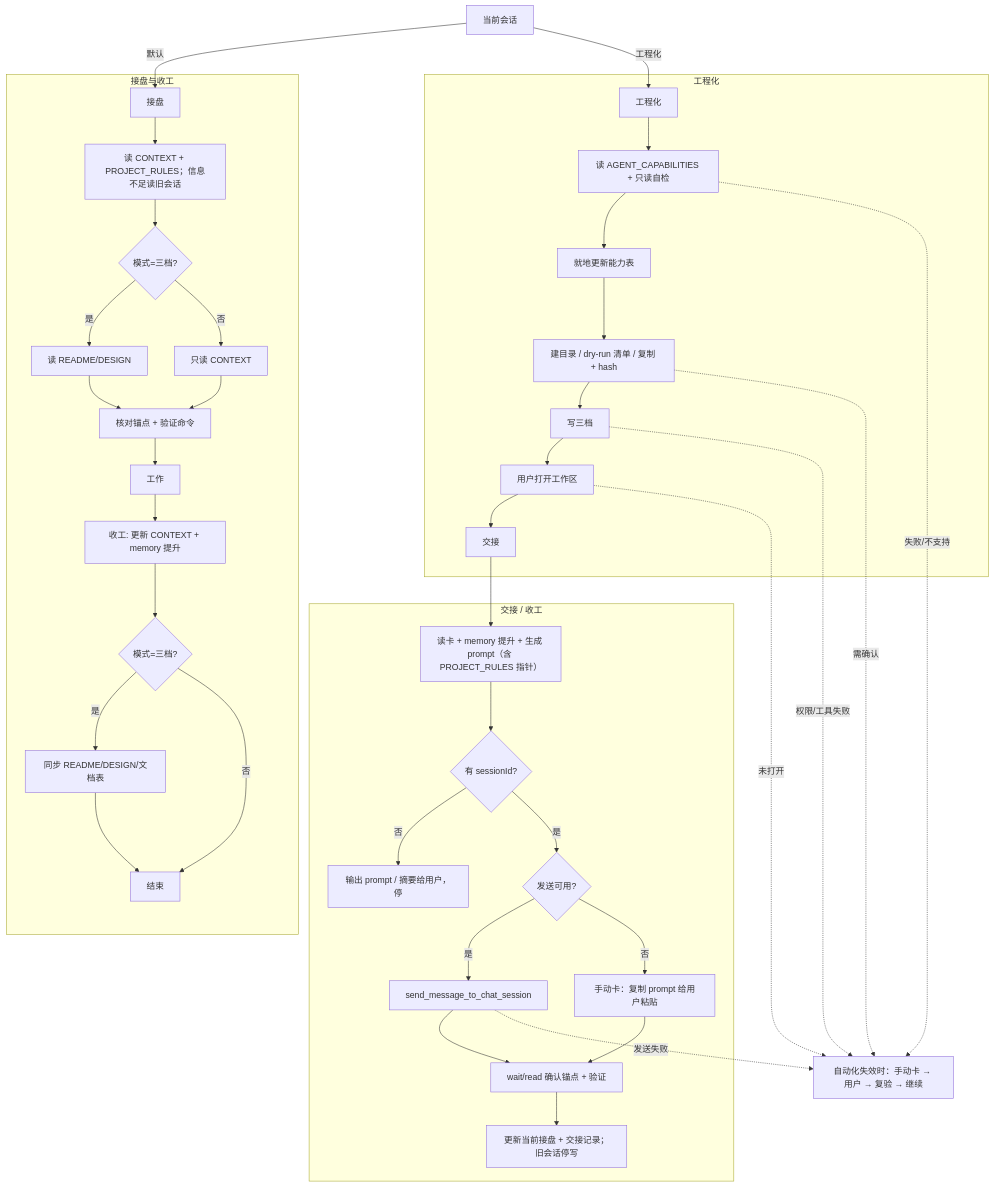
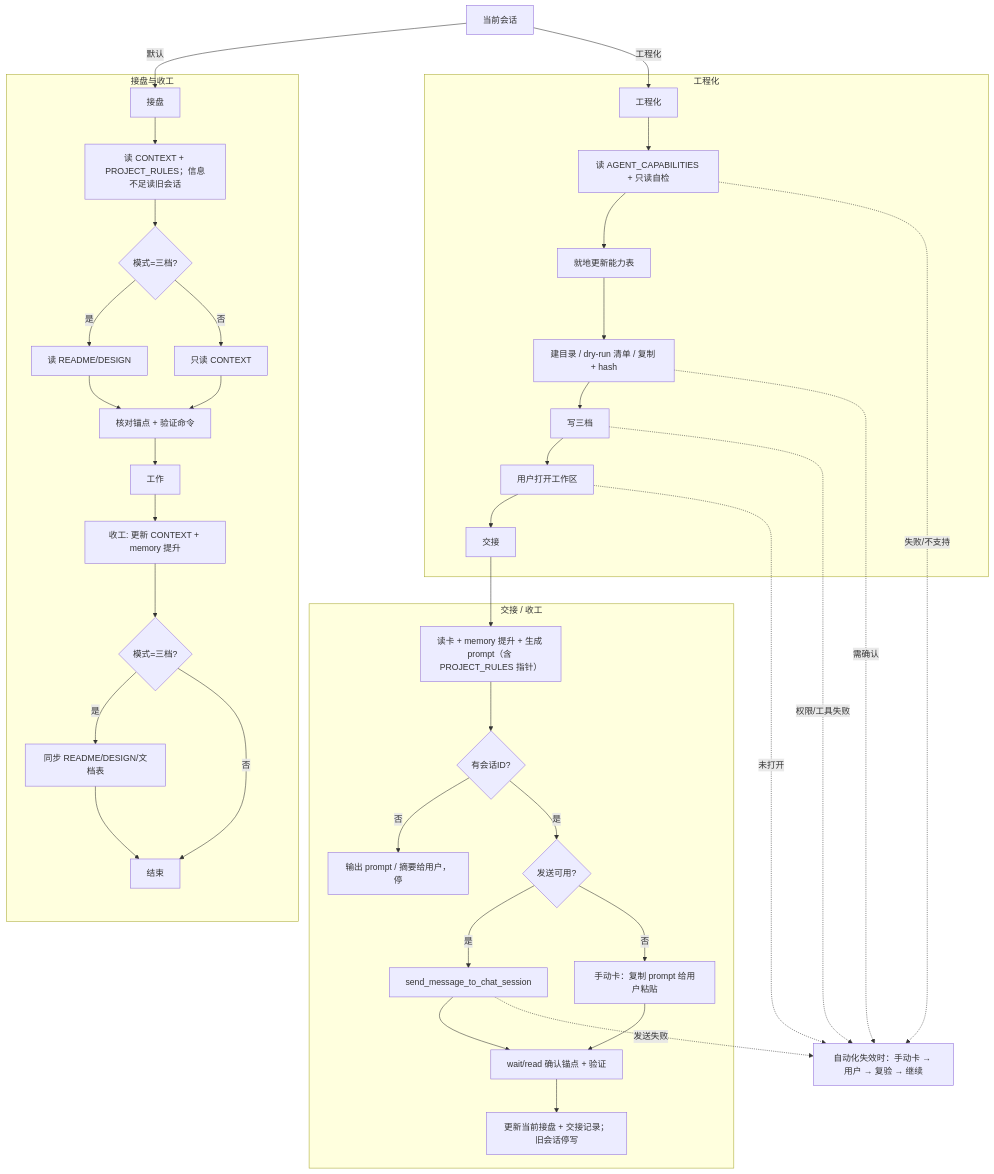
The diagram in DESIGN.md (Lizardon386/multi-agent-task-handoff), drawn with Mermaid before and after one commit. The commit also changed other lines of this file and 3 other files, not shown here.

````diff
--- a/DESIGN.md
+++ b/DESIGN.md
@@ -51,47 +51,47 @@
 ```mermaid
 flowchart TD
   A[当前会话] -->|默认| B[接盘]
   A -->|工程化| M[工程化]
 
   subgraph START[接盘与收工]
     B --> C[读 CONTEXT + PROJECT_RULES；信息不足读旧会话]
     C --> D{模式=三档?}
     D -- 是 --> E[读 README/DESIGN]
     D -- 否 --> F[只读 CONTEXT]
     E --> G[核对锚点 + 验证命令]
     F --> G
     G --> H[工作]
     H --> I[收工: 更新 CONTEXT + memory 提升]
     I --> J{模式=三档?}
     J -- 是 --> K[同步 README/DESIGN/文档表]
     J -- 否 --> L[结束]
     K --> L
   end
 
   subgraph ENG[工程化]
     M --> N[读 AGENT_CAPABILITIES + 只读自检]
     N --> N1[就地更新能力表]
     N1 --> O[建目录 / dry-run 清单 / 复制 + hash]
     O --> P[写三档]
     P --> Q[用户打开工作区]
     Q --> R[交接]
   end
 
   subgraph HAND[交接 / 收工]
     R --> S[读卡 + memory 提升 + 生成 prompt（含 PROJECT_RULES 指针）]
-    S --> T{有 sessionId?}
+    S --> T{有会话ID?}
     T -- 否 --> V0[输出 prompt / 摘要给用户，停]
     T -- 是 --> T2{发送可用?}
     T2 -- 是 --> U[send_message_to_chat_session]
     T2 -- 否 --> V[手动卡：复制 prompt 给用户粘贴]
     U --> W[wait/read 确认锚点 + 验证]
     V --> W
     W --> X[更新当前接盘 + 交接记录；旧会话停写]
   end
 
   N -.失败/不支持.-> Z[自动化失效时：手动卡 → 用户 → 复验 → 继续]
   O -.需确认.-> Z
   P -.权限/工具失败.-> Z
   Q -.未打开.-> Z
   U -.发送失败.-> Z
 ```
````
